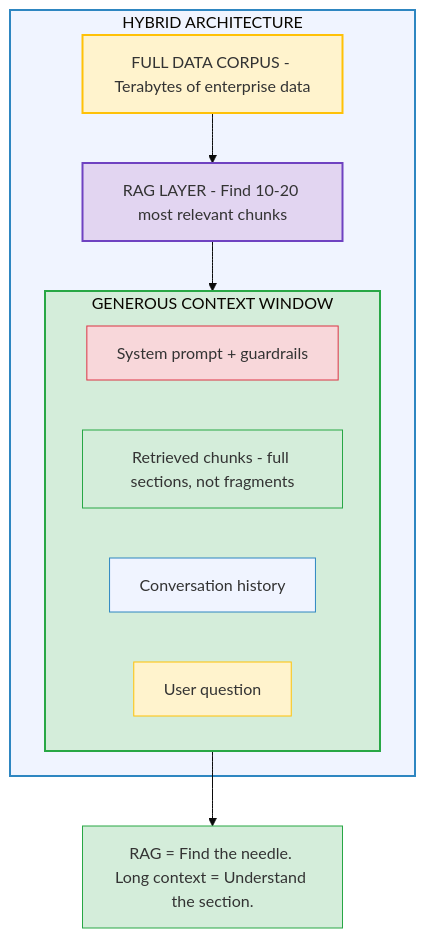
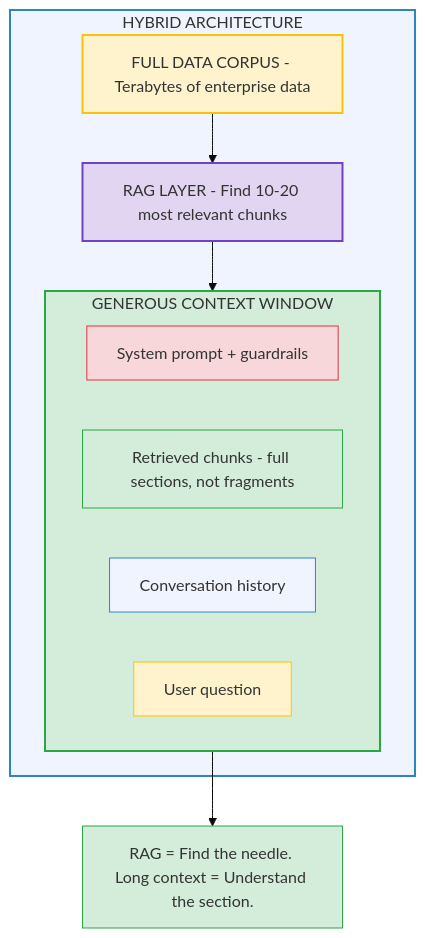
Before and after one commit to ithinktavo/GenAI-Engineering-Handbook: the fourth of 5 diagrams in docs/05-rag-vs-long-context.md, drawn with Mermaid (base theme). The commit also changed other lines of this file and 9 other files, not shown here.

Commit message:
Fix Mermaid diagram text contrast: add color:#333 for readable dark text on colored backgrounds

````diff
--- a/docs/05-rag-vs-long-context.md
+++ b/docs/05-rag-vs-long-context.md
@@ -170,29 +170,29 @@
 ```mermaid
 graph TD
     subgraph HYBRID["HYBRID ARCHITECTURE"]
         DC["FULL DATA CORPUS - Terabytes of enterprise data"]
         RL["RAG LAYER - Find 10-20 most relevant chunks"]
 
         subgraph CTX["GENEROUS CONTEXT WINDOW"]
             S["System prompt + guardrails"]
             CH["Retrieved chunks - full sections, not fragments"]
             HI["Conversation history"]
             UQ["User question"]
         end
 
         DC --> RL --> CTX
     end
 
     P["RAG = Find the needle. Long context = Understand the section."]
     CTX --> P
 
-    style HYBRID fill:#f0f4ff,stroke:#2E86C1,stroke-width:2px
-    style DC fill:#fff3cd,stroke:#ffc107,stroke-width:2px
-    style RL fill:#e2d5f1,stroke:#6f42c1,stroke-width:2px
-    style CTX fill:#d4edda,stroke:#28a745,stroke-width:2px
-    style S fill:#f8d7da,stroke:#dc3545
-    style CH fill:#d4edda,stroke:#28a745
-    style HI fill:#f0f4ff,stroke:#2E86C1
-    style UQ fill:#fff3cd,stroke:#ffc107
-    style P fill:#d4edda,stroke:#28a745
+    style HYBRID fill:#f0f4ff,stroke:#2E86C1,stroke-width:2px,color:#333
+    style DC fill:#fff3cd,stroke:#ffc107,stroke-width:2px,color:#333
+    style RL fill:#e2d5f1,stroke:#6f42c1,stroke-width:2px,color:#333
+    style CTX fill:#d4edda,stroke:#28a745,stroke-width:2px,color:#333
+    style S fill:#f8d7da,stroke:#dc3545,color:#333
+    style CH fill:#d4edda,stroke:#28a745,color:#333
+    style HI fill:#f0f4ff,stroke:#2E86C1,color:#333
+    style UQ fill:#fff3cd,stroke:#ffc107,color:#333
+    style P fill:#d4edda,stroke:#28a745,color:#333
 ```
````
